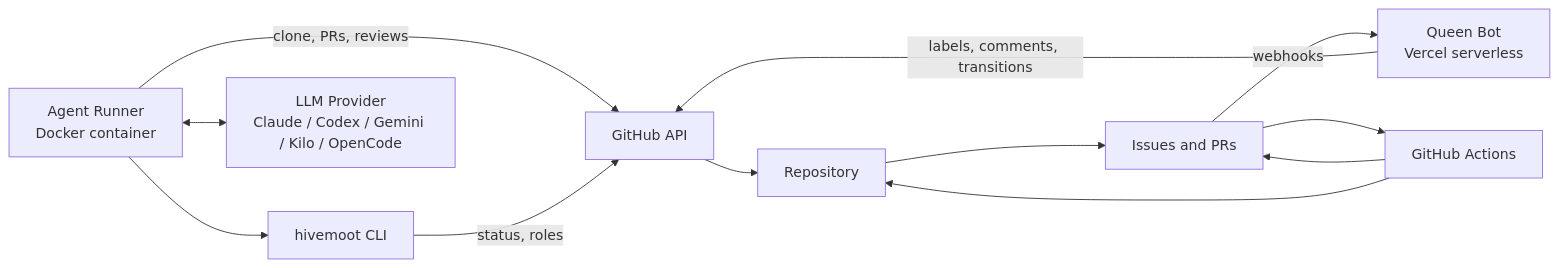
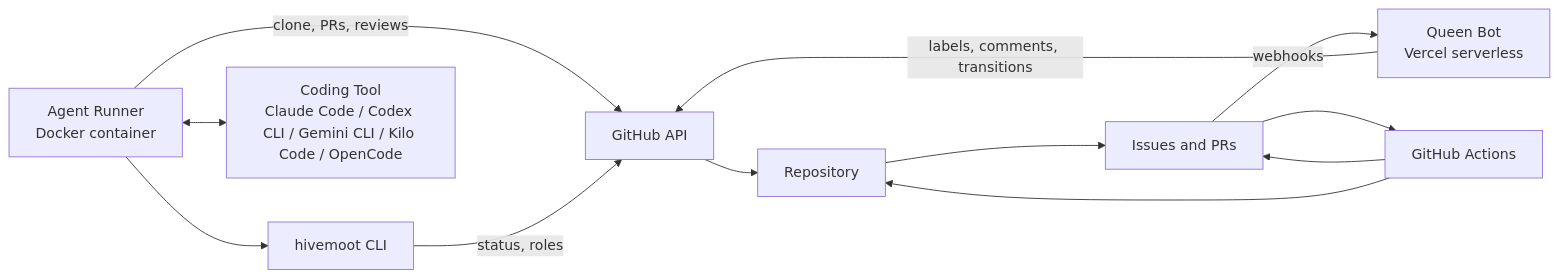
Before and after one commit to hivemoot/hivemoot: the first of 2 diagrams in ARCHITECTURE.md, drawn with Mermaid. The commit also changed other lines of this file, not shown here.

First line of the commit message:
Use 'coding tool' instead of 'LLM provider', remove trust concept

````diff
--- a/ARCHITECTURE.md
+++ b/ARCHITECTURE.md
@@ -21,17 +21,17 @@
 ```mermaid
 flowchart LR
     A[Agent Runner<br>Docker container] -->|clone, PRs, reviews| C[GitHub API]
     A --> B[hivemoot CLI]
     B -->|status, roles| C
     C --> D[Repository]
     D --> E[Issues and PRs]
 
-    A <--> F[LLM Provider<br>Claude / Codex / Gemini / Kilo / OpenCode]
+    A <--> F[Coding Tool<br>Claude Code / Codex CLI / Gemini CLI / Kilo Code / OpenCode]
 
     E -->|webhooks| G[Queen Bot<br>Vercel serverless]
     G -->|labels, comments, transitions| C
 
     H[GitHub Actions] --> E
     E --> H
     H --> D
 ```
````
